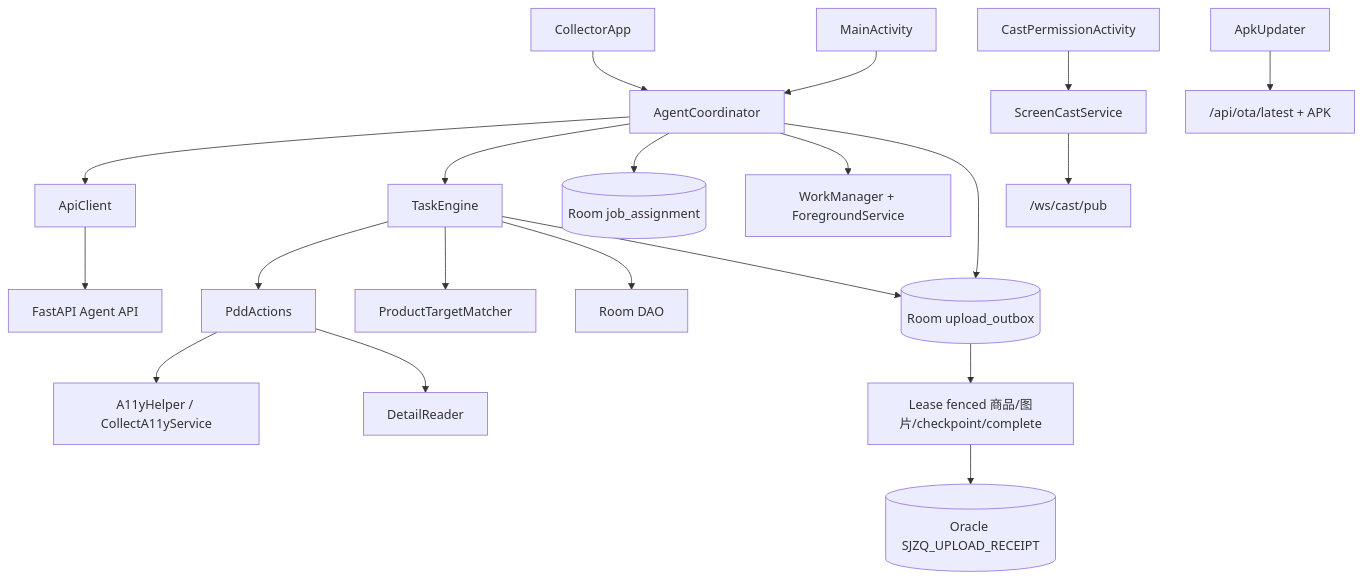
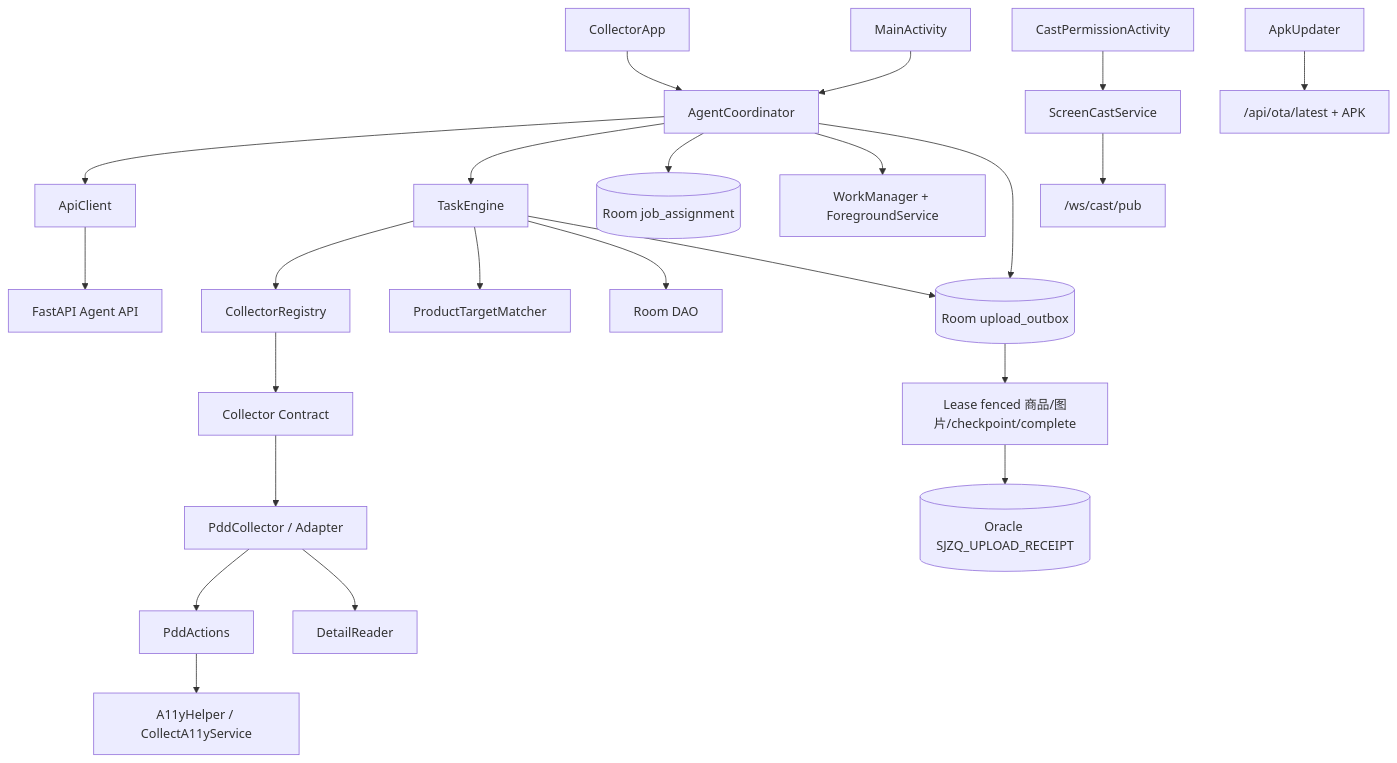
One commit to sunmings1310/PDD_con_data changed the fourth of 6 diagrams in docs/architecture.md. Above: the diagram before and after it, drawn with Mermaid. The commit also changed other lines of this file and 20 other files, not shown here.

````diff
--- a/docs/architecture.md
+++ b/docs/architecture.md
@@ -84,22 +84,25 @@
 ```mermaid
 flowchart TD
     CollectorApp --> Coordinator["AgentCoordinator"]
     MainActivity --> Coordinator
     Coordinator --> ApiClient
     Coordinator --> TaskEngine
     ApiClient --> Server["FastAPI Agent API"]
-    TaskEngine --> PddActions
+    TaskEngine --> Registry["CollectorRegistry"]
+    Registry --> Contract["Collector Contract"]
+    Contract --> PddCollector["PddCollector / Adapter"]
+    PddCollector --> PddActions
     TaskEngine --> Matcher["ProductTargetMatcher"]
     PddActions --> A11y["A11yHelper / CollectA11yService"]
-    PddActions --> DetailReader
+    PddCollector --> DetailReader
     TaskEngine --> Room["Room DAO"]
     TaskEngine --> Outbox[("Room upload_outbox")]
     Coordinator --> Assignment[("Room job_assignment")]
     Coordinator --> Recovery["WorkManager + ForegroundService"]
     Coordinator --> Outbox
     Outbox --> Upload["Lease fenced 商品/图片/checkpoint/complete"]
     Upload --> Receipt[("Oracle SJZQ_UPLOAD_RECEIPT")]
     CastPermissionActivity --> ScreenCastService
     ScreenCastService --> CastWS["/ws/cast/pub"]
     ApkUpdater --> OTA["/api/ota/latest + APK"]
 ```
````
